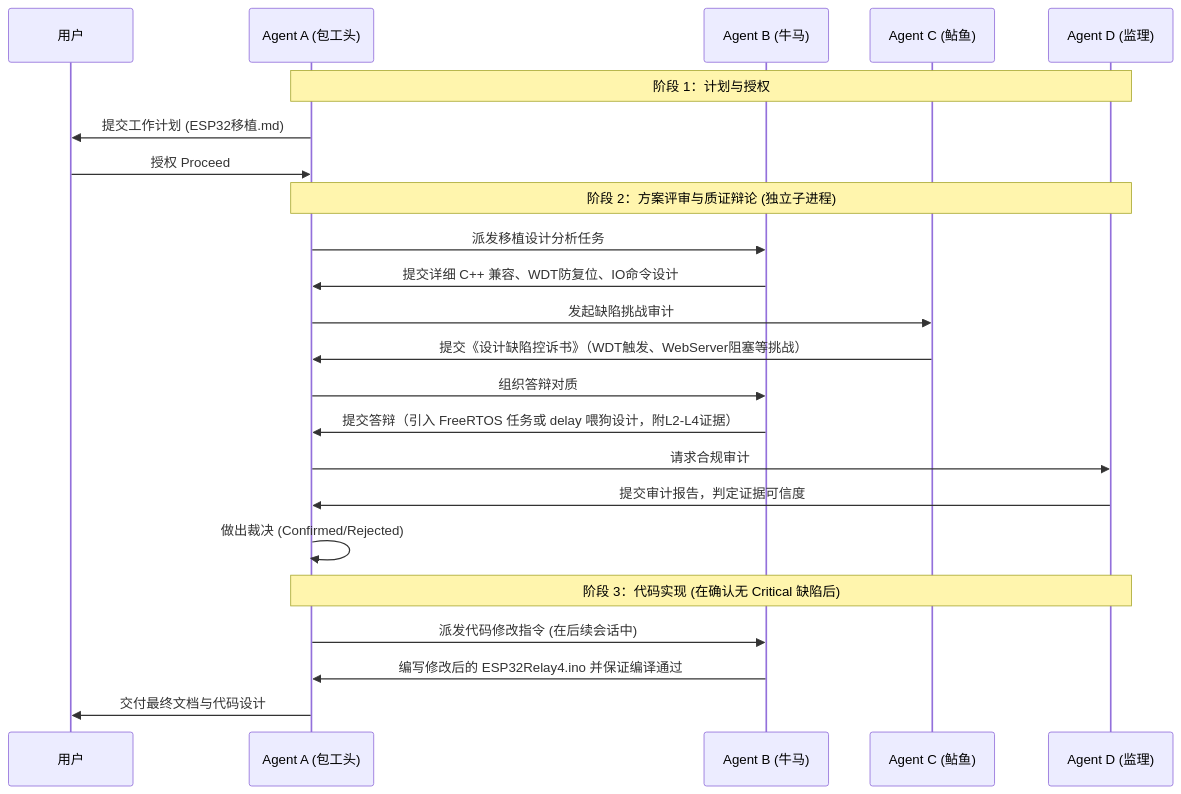
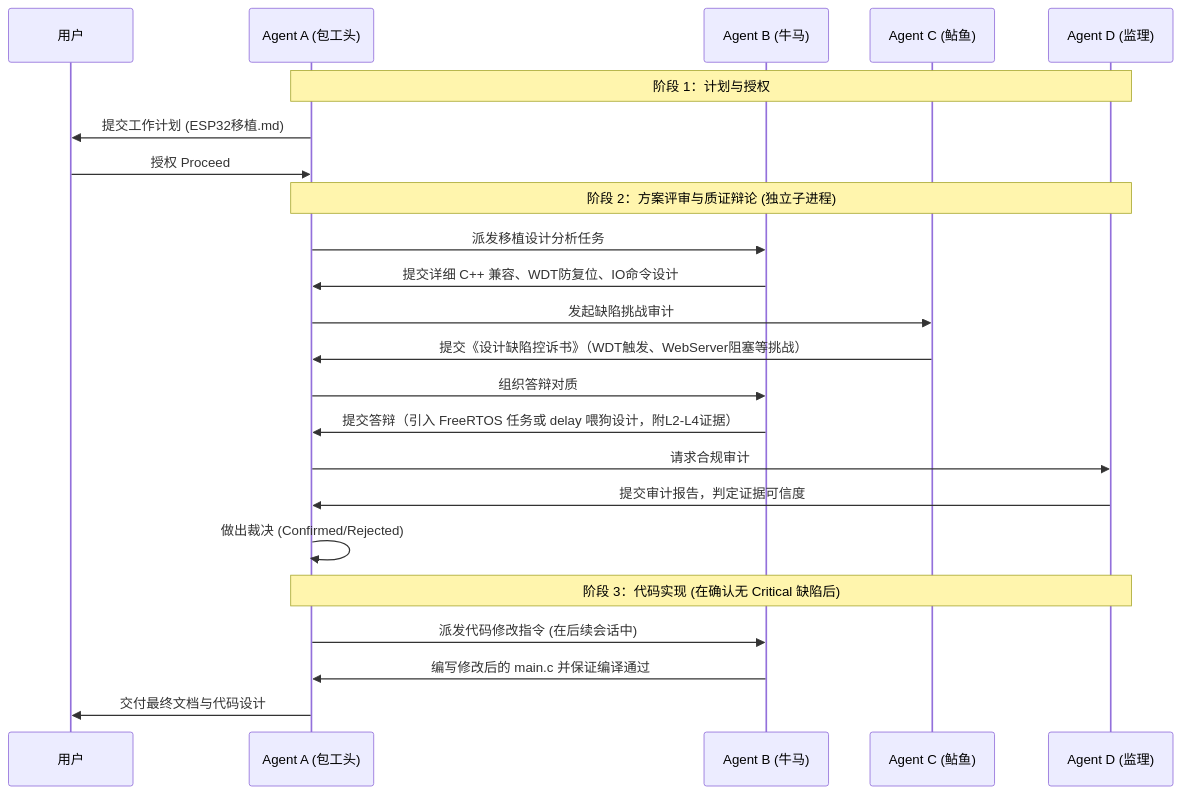
The diagram in docs/ESP32移植.md (potato-520/BareTcl), drawn with Mermaid before and after one commit. The commit also changed other lines of this file and 15 other files, not shown here.

````diff
--- a/docs/ESP32移植.md
+++ b/docs/ESP32移植.md
@@ -184,28 +182,28 @@
 ```mermaid
 sequenceDiagram
     participant User as 用户
     participant A as Agent A (包工头)
     participant B as Agent B (牛马)
     participant C as Agent C (鲇鱼)
     participant D as Agent D (监理)
 
     Note over A,D: 阶段 1：计划与授权
     A->>User: 提交工作计划 (ESP32移植.md)
     User->>A: 授权 Proceed
 
     Note over A,D: 阶段 2：方案评审与质证辩论 (独立子进程)
     A->>B: 派发移植设计分析任务
     B->>A: 提交详细 C++ 兼容、WDT防复位、IO命令设计
     A->>C: 发起缺陷挑战审计
     C->>A: 提交《设计缺陷控诉书》（WDT触发、WebServer阻塞等挑战）
     A->>B: 组织答辩对质
     B->>A: 提交答辩（引入 FreeRTOS 任务或 delay 喂狗设计，附L2-L4证据）
     A->>D: 请求合规审计
     D->>A: 提交审计报告，判定证据可信度
     A->>A: 做出裁决 (Confirmed/Rejected)
 
     Note over A,D: 阶段 3：代码实现 (在确认无 Critical 缺陷后)
     A->>B: 派发代码修改指令 (在后续会话中)
-    B->>A: 编写修改后的 ESP32Relay4.ino 并保证编译通过
+    B->>A: 编写修改后的 main.c 并保证编译通过
     A->>User: 交付最终文档与代码设计
 ```
````
